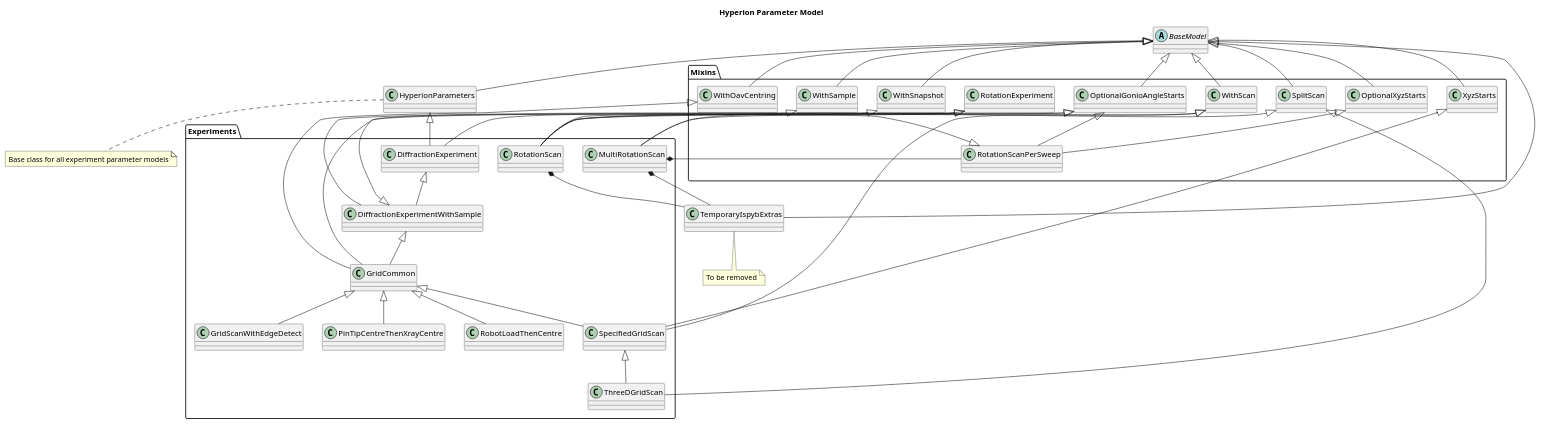
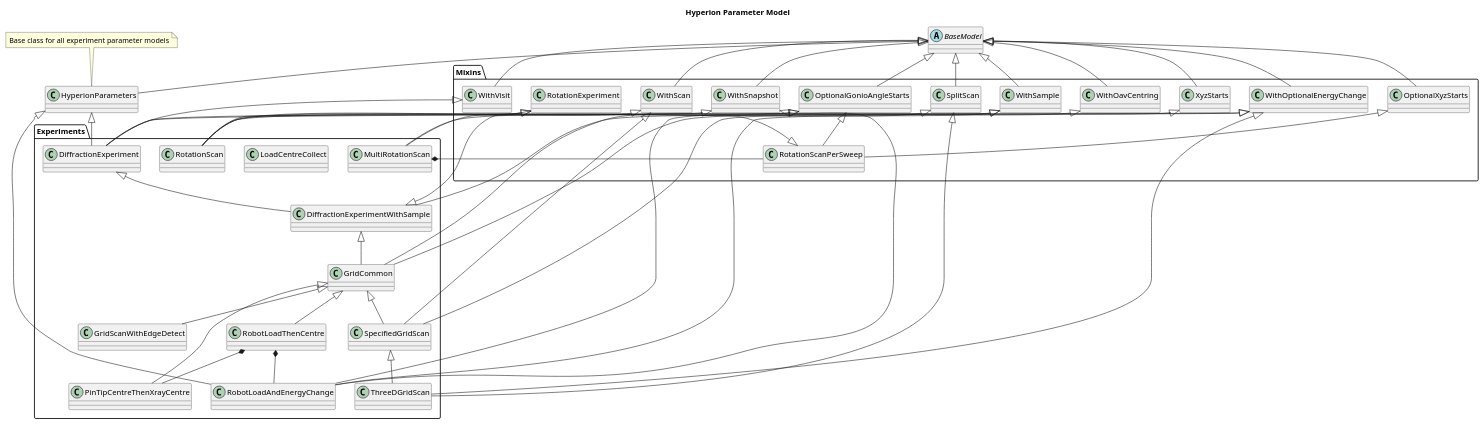
One commit to DiamondLightSource/mx_bluesky changed the diagram in docs/developer/hyperion/reference/param_hierarchy.puml. Above: the diagram before and after it, drawn with PlantUML. The commit also changed 14 other files, not shown here.

```diff
--- a/docs/developer/hyperion/reference/param_hierarchy.puml
+++ b/docs/developer/hyperion/reference/param_hierarchy.puml
@@ -1,78 +1,86 @@
 @startuml hyperion_parameter_model
 'https://plantuml.com/class-diagram
 title Hyperion Parameter Model
 
 abstract class BaseModel
 
 package Mixins {
     class WithSample
     class WithScan
     class WithOavCentring
+    class WithOptionalEnergyChange
     class WithSnapshot
+    class WithVisit
     class OptionalXyzStarts
     class XyzStarts
     class OptionalGonioAngleStarts
     class SplitScan
     class RotationScanPerSweep
     class RotationExperiment
 }
 
 package Experiments {
     class DiffractionExperiment
     class DiffractionExperimentWithSample
     class GridCommon
     class GridScanWithEdgeDetect
+    class LoadCentreCollect
     class PinTipCentreThenXrayCentre
     class RotationScan
     class MultiRotationScan
+    class RobotLoadAndEnergyChange
     class RobotLoadThenCentre
     class SpecifiedGridScan
     class ThreeDGridScan
 }
 
 class HyperionParameters
-note bottom: Base class for all experiment parameter models
-
-class TemporaryIspybExtras
-note bottom: To be removed
-
+note top: Base class for all experiment parameter models
 
 BaseModel <|-- HyperionParameters
 BaseModel <|-- SplitScan
 BaseModel <|-- OptionalGonioAngleStarts
 BaseModel <|-- OptionalXyzStarts
-BaseModel <|-- TemporaryIspybExtras
 BaseModel <|-- WithOavCentring
+BaseModel <|-- WithOptionalEnergyChange
 BaseModel <|-- WithSnapshot
 BaseModel <|-- WithSample
 BaseModel <|-- WithScan
+BaseModel <|-- WithVisit
 BaseModel <|-- XyzStarts
 
-RotationScan *-- TemporaryIspybExtras
-MultiRotationScan *-- TemporaryIspybExtras
 OptionalGonioAngleStarts <|-- RotationScanPerSweep
 OptionalXyzStarts  <|-- RotationScanPerSweep
 DiffractionExperimentWithSample <|-- RotationExperiment
 HyperionParameters <|-- DiffractionExperiment
 WithSnapshot <|-- DiffractionExperiment
+WithOptionalEnergyChange <|-- DiffractionExperiment
+WithVisit <|-- DiffractionExperiment
 DiffractionExperiment <|-- DiffractionExperimentWithSample
 WithSample <|-- DiffractionExperimentWithSample
 DiffractionExperimentWithSample <|-- GridCommon
 GridCommon <|-- GridScanWithEdgeDetect
 GridCommon <|-- PinTipCentreThenXrayCentre
 GridCommon <|-- RobotLoadThenCentre
+RobotLoadThenCentre *-- RobotLoadAndEnergyChange
+RobotLoadThenCentre *-- PinTipCentreThenXrayCentre
 GridCommon <|-- SpecifiedGridScan
 WithScan <|-- SpecifiedGridScan
 SpecifiedGridScan <|-- ThreeDGridScan
 SplitScan <|-- ThreeDGridScan
+WithOptionalEnergyChange <|-- ThreeDGridScan
 WithOavCentring <|-- GridCommon
 WithScan <|-- RotationScan
 RotationScanPerSweep <|-- RotationScan
 MultiRotationScan *-- RotationScanPerSweep
 RotationExperiment <|-- RotationScan
 RotationExperiment <|-- MultiRotationScan
 SplitScan <|-- MultiRotationScan
 XyzStarts <|-- SpecifiedGridScan
 OptionalGonioAngleStarts <|-- GridCommon
 OptionalGonioAngleStarts <|-- RotationScan
+HyperionParameters <|-- RobotLoadAndEnergyChange
+WithSample <|-- RobotLoadAndEnergyChange
+WithSnapshot <|-- RobotLoadAndEnergyChange
+WithOptionalEnergyChange <|-- RobotLoadAndEnergyChange
 @enduml
```
